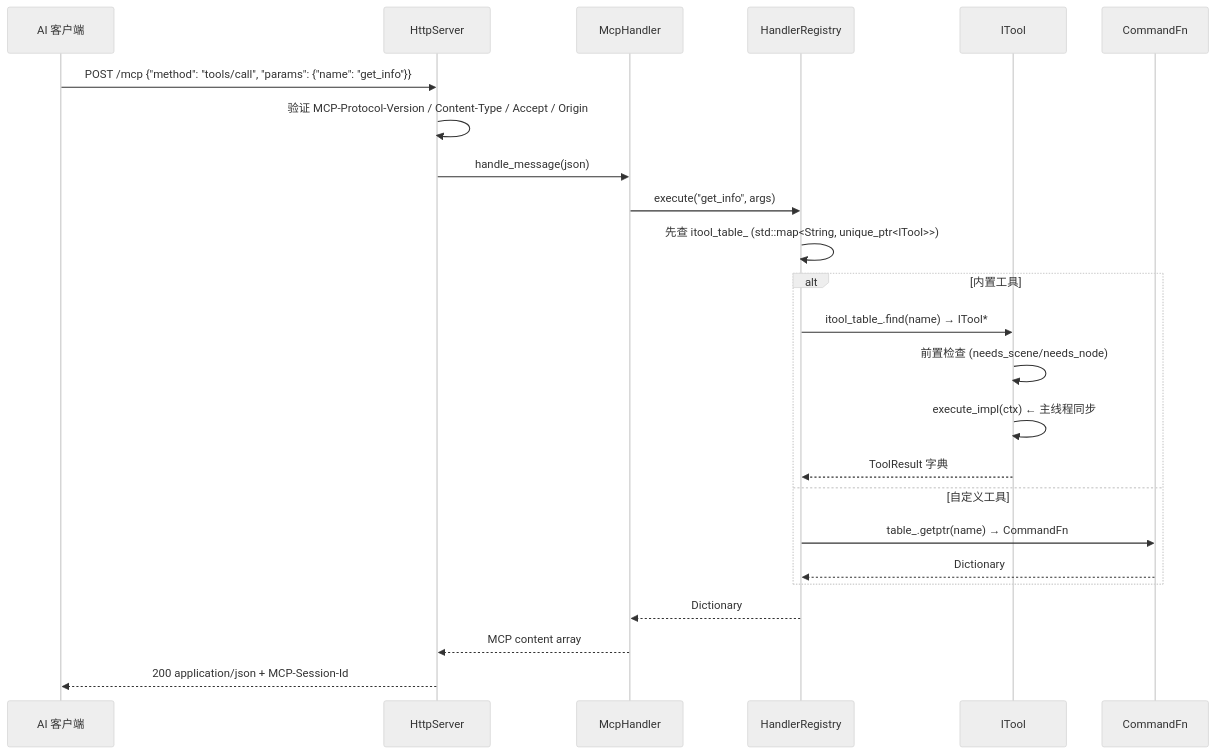
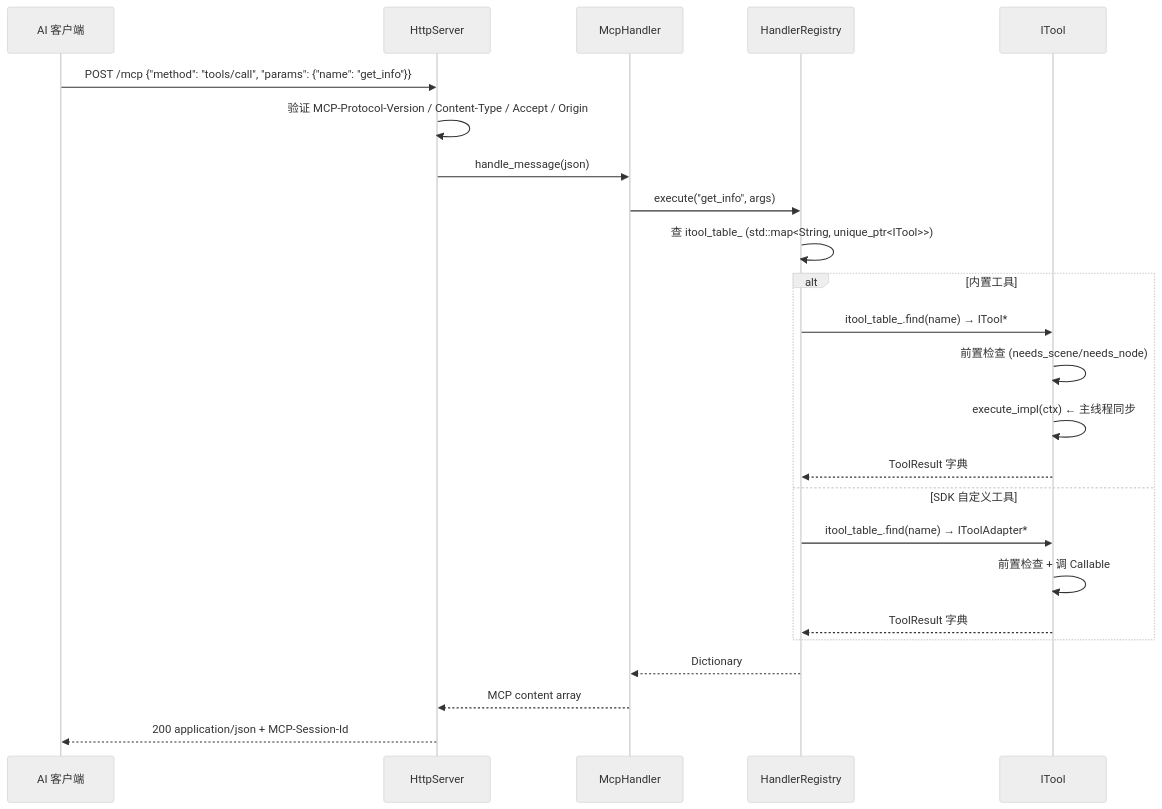
Before and after one commit to jesspig/GodotMCP-GDExtension: the first of 2 diagrams in .repo_wiki/modules/command-routing.md, drawn with Mermaid (neutral theme). The commit also changed other lines of this file and 33 other files, not shown here.

````diff
--- a/.repo_wiki/modules/command-routing.md
+++ b/.repo_wiki/modules/command-routing.md
@@ -5,26 +5,26 @@
 ```mermaid
 sequenceDiagram
     participant AI as AI 客户端
     participant H as HttpServer
     participant M as McpHandler
     participant G as HandlerRegistry
     participant T as ITool
-    participant C as CommandFn
     AI->>H: POST /mcp {"method": "tools/call", "params": {"name": "get_info"}}
     H->>H: 验证 MCP-Protocol-Version / Content-Type / Accept / Origin
     H->>M: handle_message(json)
     M->>G: execute("get_info", args)
-    G->>G: 先查 itool_table_ (std::map<String, unique_ptr<ITool>>)
+    G->>G: 查 itool_table_ (std::map<String, unique_ptr<ITool>>)
     alt 内置工具
         G->>T: itool_table_.find(name) → ITool*
         T->>T: 前置检查 (needs_scene/needs_node)
         T->>T: execute_impl(ctx) ← 主线程同步
         T-->>G: ToolResult 字典
-    else 自定义工具
-        G->>C: table_.getptr(name) → CommandFn
-        C-->>G: Dictionary
+    else SDK 自定义工具
+        G->>T: itool_table_.find(name) → IToolAdapter*
+        T->>T: 前置检查 + 调 Callable
+        T-->>G: ToolResult 字典
     end
     G-->>M: Dictionary
     M-->>H: MCP content array
     H-->>AI: 200 application/json + MCP-Session-Id
 ```
````
